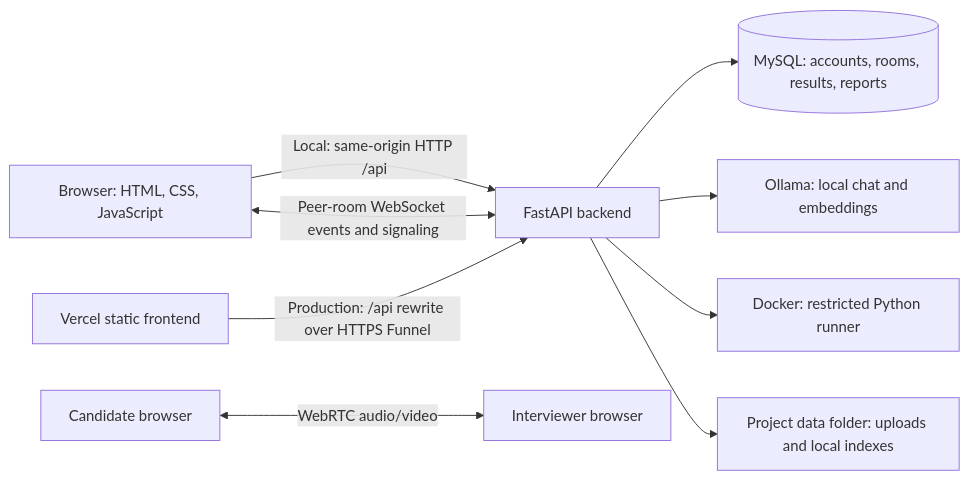
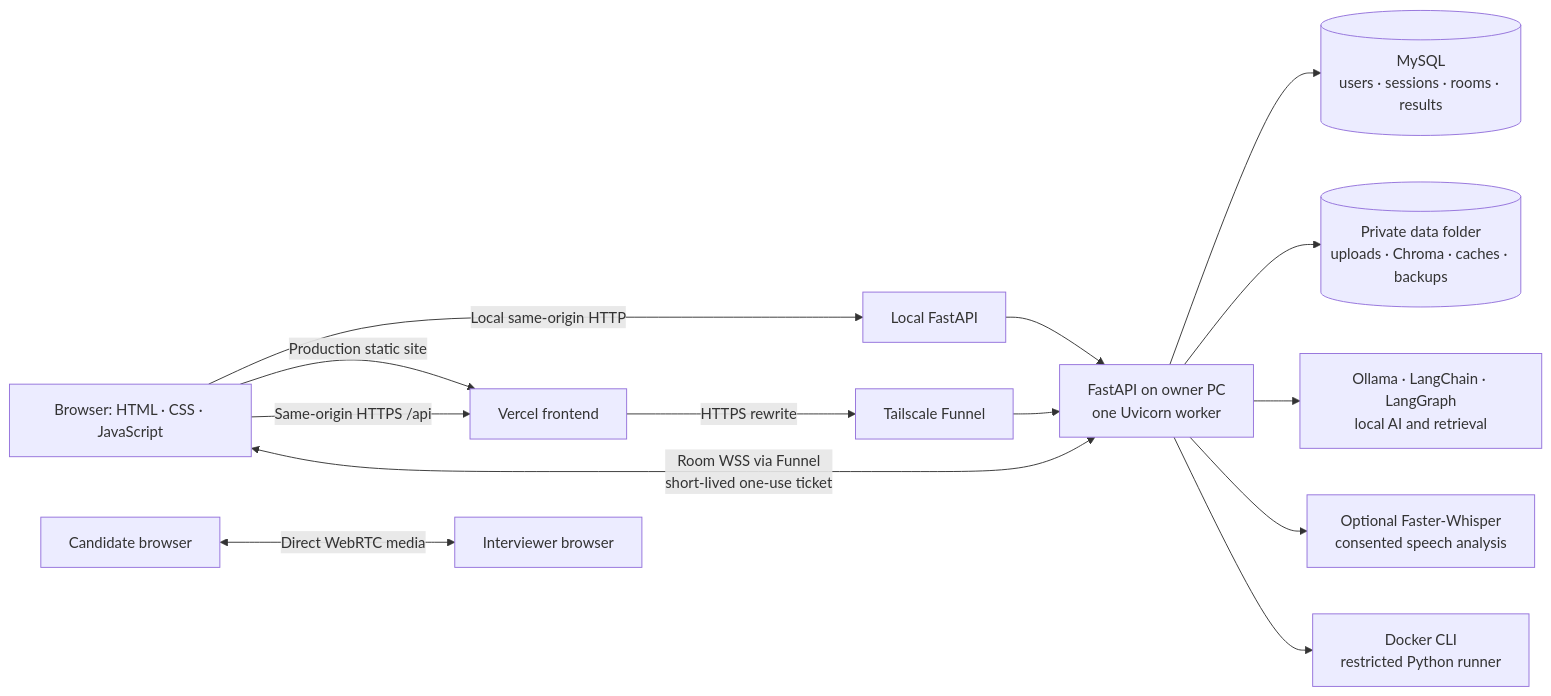
The diagram in README.md (zamanuddinkhan/InterviewAce_AI), drawn with Mermaid before and after one commit. The commit also changed other lines of this file, not shown here.

Commit message:
Enhance README with updated feature descriptions and system architecture details

````diff
--- a/README.md
+++ b/README.md
@@ -92,11 +92,16 @@
 ```mermaid
 flowchart LR
-    Browser[Browser: HTML, CSS, JavaScript] -->|Local: same-origin HTTP /api| API[FastAPI backend]
-    Vercel[Vercel static frontend] -->|Production: /api rewrite over HTTPS Funnel| API
-    Browser <-->|Peer-room WebSocket events and signaling| API
-    BrowserA[Candidate browser] <-->|WebRTC audio/video| BrowserB[Interviewer browser]
-    API --> DB[(MySQL: accounts, rooms, results, reports)]
-    API --> Ollama[Ollama: local chat and embeddings]
-    API --> Docker[Docker: restricted Python runner]
-    API --> Files[Project data folder: uploads and local indexes]
+    Browser[Browser: HTML · CSS · JavaScript] -->|Local same-origin HTTP| Local[Local FastAPI]
+    Browser -->|Production static site| Vercel[Vercel frontend]
+    Browser -->|Same-origin HTTPS /api| Vercel
+    Vercel -->|HTTPS rewrite| Funnel[Tailscale Funnel]
+    Funnel --> API[FastAPI on owner PC<br/>one Uvicorn worker]
+    Browser <-->|Room WSS via Funnel<br/>short-lived one-use ticket| API
+    BrowserA[Candidate browser] <-->|Direct WebRTC media| BrowserB[Interviewer browser]
+    Local --> API
+    API --> DB[(MySQL<br/>users · sessions · rooms · results)]
+    API --> Files[(Private data folder<br/>uploads · Chroma · caches · backups)]
+    API --> AI[Ollama · LangChain · LangGraph<br/>local AI and retrieval]
+    API --> Whisper[Optional Faster-Whisper<br/>consented speech analysis]
+    API --> Docker[Docker CLI<br/>restricted Python runner]
 ```
````
